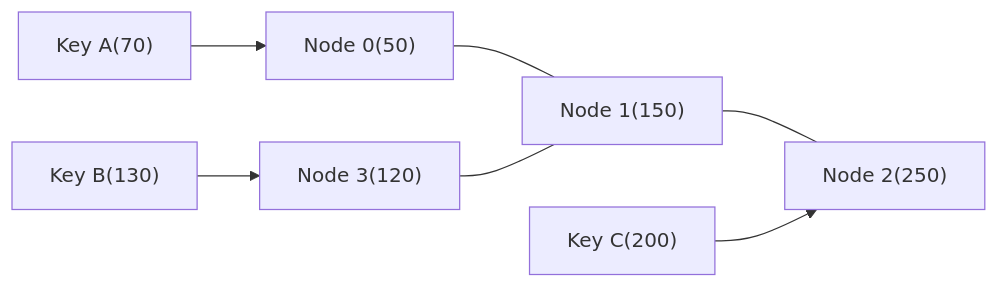
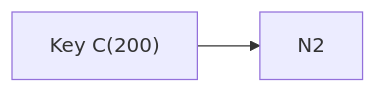
The fifth of 13 diagrams in _posts/db/2026-05-01-db-sharding.md (yjkim2015/yjkim2015.github.io), drawn with Mermaid before and after one commit. The commit also changed other lines of this file and 149 other files, not shown here.

First line of the commit message:
Mermaid 가독성 개선: 라벨 축약, 노드 축소, TD→LR 변환

````diff
--- a/_posts/db/2026-05-01-db-sharding.md
+++ b/_posts/db/2026-05-01-db-sharding.md
@@ -105,9 +105,4 @@
 ```mermaid
 graph LR
-    N0["Node 0(50)"] --- N1["Node 1(150)"]
-    N1 --- N2["Node 2(250)"]
-    N3["Node 3(120)"] --- N1
-    K0["Key A(70)"] --> N0
-    K1["Key B(130)"] --> N3
     K2["Key C(200)"] --> N2
 ```
````
